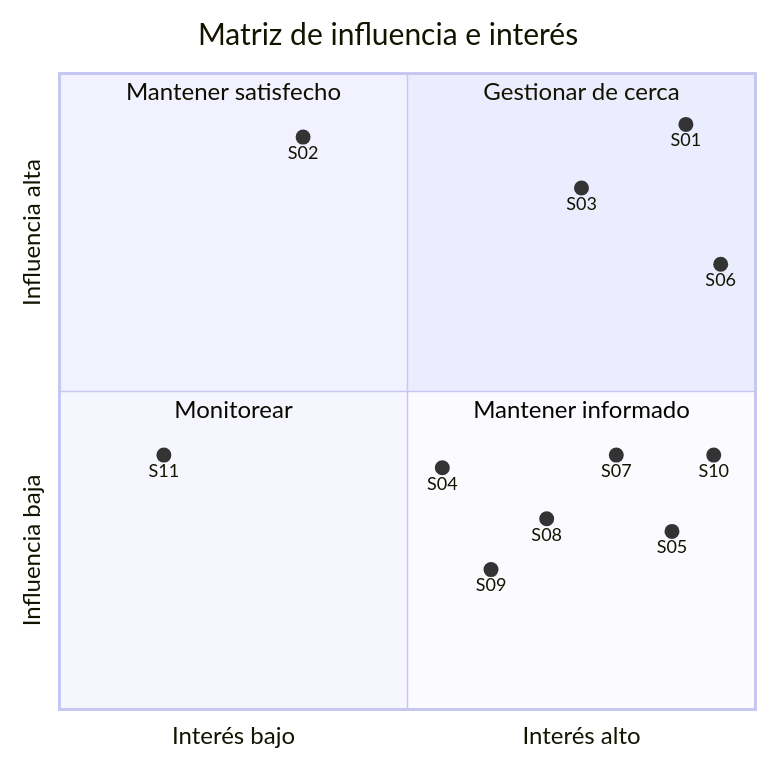
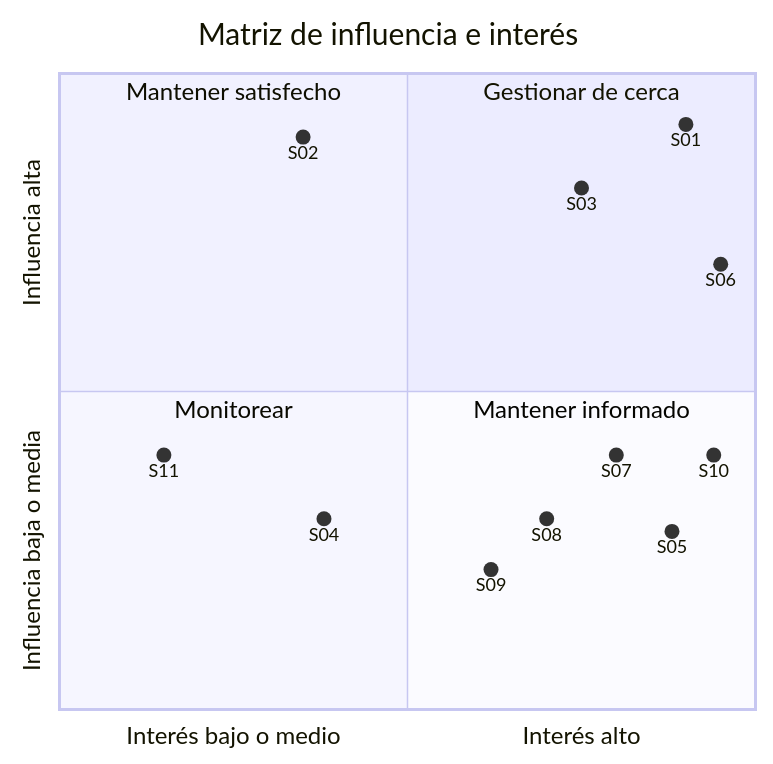
The diagram in docs/02_stakeholders.md (Marigi84/TPI-Gestion-Desarrollos-Software), drawn with Mermaid before and after one commit. The commit also changed other lines of this file and 1 other file, not shown here.

````diff
--- a/docs/02_stakeholders.md
+++ b/docs/02_stakeholders.md
@@ -44,21 +44,21 @@
 ```mermaid
 quadrantChart
     title Matriz de influencia e interés
-    x-axis Interés bajo --> Interés alto
-    y-axis Influencia baja --> Influencia alta
+    x-axis Interés bajo o medio --> Interés alto
+    y-axis Influencia baja o media --> Influencia alta
     quadrant-1 Gestionar de cerca
     quadrant-2 Mantener satisfecho
     quadrant-3 Monitorear
     quadrant-4 Mantener informado
     S01: [0.90, 0.92]
     S02: [0.35, 0.90]
     S03: [0.75, 0.82]
     S06: [0.95, 0.70]
     S07: [0.80, 0.40]
     S08: [0.70, 0.30]
     S09: [0.62, 0.22]
     S05: [0.88, 0.28]
     S10: [0.94, 0.40]
-    S04: [0.55, 0.38]
+    S04: [0.38, 0.30]
     S11: [0.15, 0.40]
 ```
````
